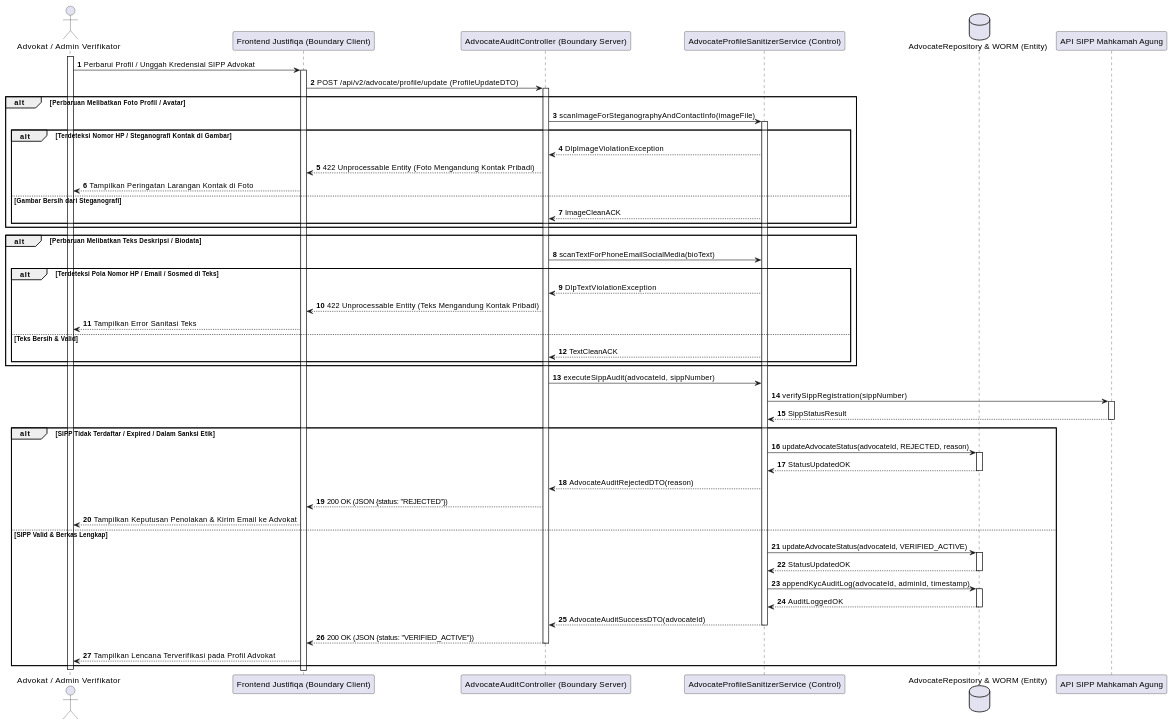
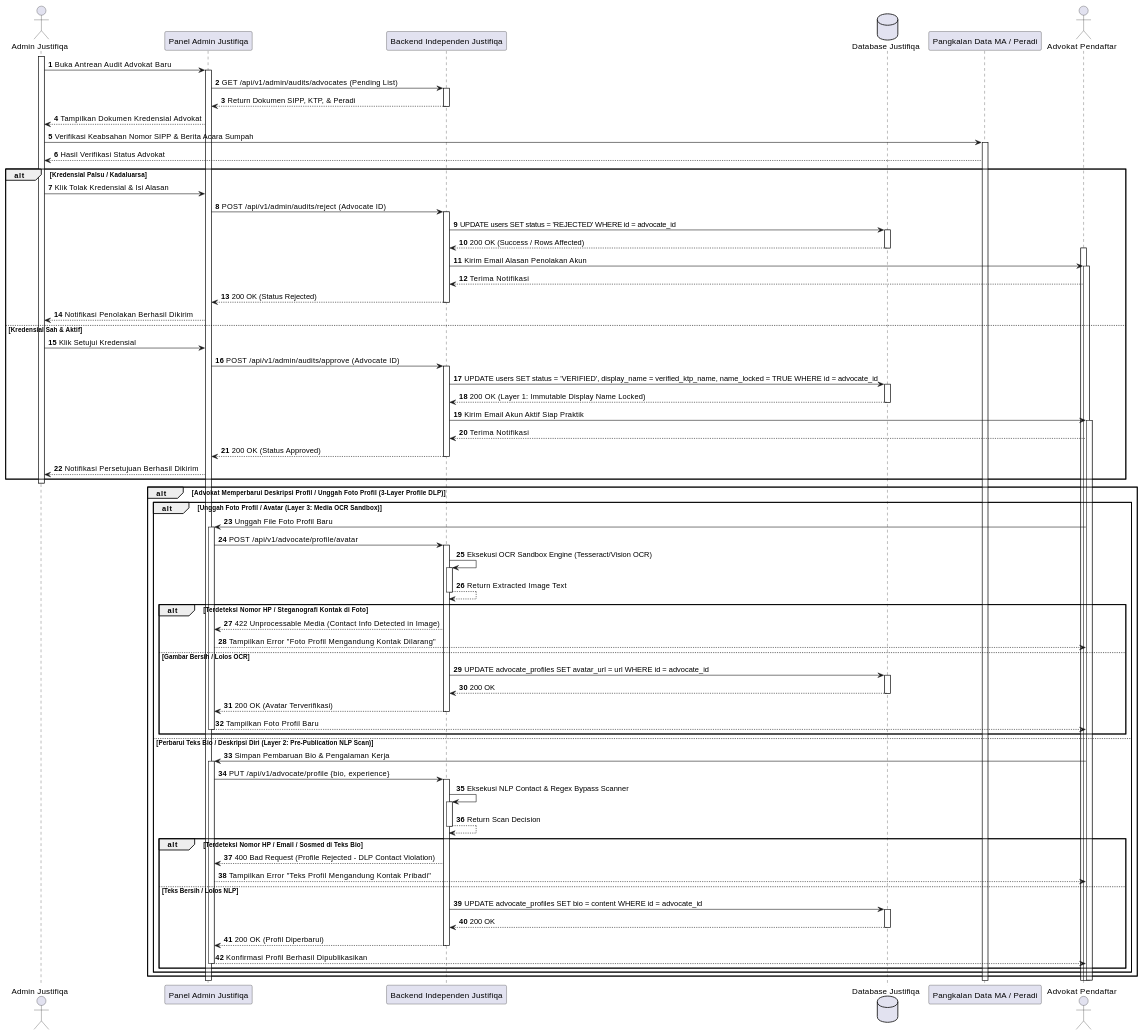
The ninth of 28 diagrams in MarkDown/plantuml_sequence_diagrams.md (tupperwureism/SuperApp-Gagal), drawn with PlantUML before and after one commit. The commit also changed other lines of this file and 3 other files, not shown here.

````diff
--- a/MarkDown/plantuml_sequence_diagrams.md
+++ b/MarkDown/plantuml_sequence_diagrams.md
@@ -583,58 +777,76 @@
 ```plantuml
 @startuml
 autonumber
-actor "Advokat / Admin Verifikator" as User
-participant "Frontend Justifiqa (Boundary Client)" as B_FE
-participant "AdvocateAuditController (Boundary Server)" as B_BE
-participant "AdvocateProfileSanitizerService (Control)" as C_Svc
-database "AdvocateRepository & WORM (Entity)" as E_DB
-participant "API SIPP Mahkamah Agung" as SIPP
+actor "Admin Justifiqa" as Admin
+participant "Panel Admin Justifiqa" as FE
+participant "Backend Independen Justifiqa" as BE
+database "Database Justifiqa" as DB
+participant "Pangkalan Data MA / Peradi" as Peradi
+actor "Advokat Pendaftar" as Mitra
 
-activate User
-User -> B_FE ++ : Perbarui Profil / Unggah Kredensial SIPP Advokat
-B_FE -> B_BE ++ : POST /api/v2/advocate/profile/update (ProfileUpdateDTO)
+activate Admin
+Admin -> FE ++ : Buka Antrean Audit Advokat Baru
+FE -> BE ++ : GET /api/v1/admin/audits/advocates (Pending List)
+BE --> FE -- : Return Dokumen SIPP, KTP, & Peradi
+FE --> Admin : Tampilkan Dokumen Kredensial Advokat
+Admin -> Peradi ++ : Verifikasi Keabsahan Nomor SIPP & Berita Acara Sumpah
+Peradi --> Admin : Hasil Verifikasi Status Advokat
 
-alt Perbaruan Melibatkan Foto Profil / Avatar
-    B_BE -> C_Svc ++ : scanImageForSteganographyAndContactInfo(imageFile)
-    alt Terdeteksi Nomor HP / Steganografi Kontak di Gambar
-        C_Svc --> B_BE : DlpImageViolationException
-        B_BE --> B_FE : 422 Unprocessable Entity (Foto Mengandung Kontak Pribadi)
-        B_FE --> User : Tampilkan Peringatan Larangan Kontak di Foto
-    else Gambar Bersih dari Steganografi
-        C_Svc --> B_BE : ImageCleanACK
+alt Kredensial Palsu / Kadaluarsa
+    Admin -> FE : Klik Tolak Kredensial & Isi Alasan
+    FE -> BE ++ : POST /api/v1/admin/audits/reject (Advocate ID)
+    BE -> DB ++ : UPDATE users SET status = 'REJECTED' WHERE id = advocate_id
+    DB --> BE -- : 200 OK (Success / Rows Affected)
+activate Mitra
+    BE -> Mitra ++ : Kirim Email Alasan Penolakan Akun
+    Mitra --> BE : Terima Notifikasi
+    BE --> FE -- : 200 OK (Status Rejected)
+    FE --> Admin : Notifikasi Penolakan Berhasil Dikirim
+else Kredensial Sah & Aktif
+    Admin -> FE : Klik Setujui Kredensial
+    FE -> BE ++ : POST /api/v1/admin/audits/approve (Advocate ID)
+    BE -> DB ++ : UPDATE users SET status = 'VERIFIED', display_name = verified_ktp_name, name_locked = TRUE WHERE id = advocate_id
+    DB --> BE -- : 200 OK (Layer 1: Immutable Display Name Locked)
+    BE -> Mitra ++ : Kirim Email Akun Aktif Siap Praktik
+    Mitra --> BE : Terima Notifikasi
+    BE --> FE -- : 200 OK (Status Approved)
+    FE --> Admin : Notifikasi Persetujuan Berhasil Dikirim
+end
+deactivate Admin
+
+alt Advokat Memperbarui Deskripsi Profil / Unggah Foto Profil (3-Layer Profile DLP)
+    alt Unggah Foto Profil / Avatar (Layer 3: Media OCR Sandbox)
+        Mitra -> FE ++ : Unggah File Foto Profil Baru
+        FE -> BE ++ : POST /api/v1/advocate/profile/avatar
+        BE -> BE ++ : Eksekusi OCR Sandbox Engine (Tesseract/Vision OCR)
+        BE --> BE -- : Return Extracted Image Text
+        alt Terdeteksi Nomor HP / Steganografi Kontak di Foto
+            BE --> FE : 422 Unprocessable Media (Contact Info Detected in Image)
+            FE --> Mitra : Tampilkan Error "Foto Profil Mengandung Kontak Dilarang"
+        else Gambar Bersih / Lolos OCR
+            BE -> DB ++ : UPDATE advocate_profiles SET avatar_url = url WHERE id = advocate_id
+            DB --> BE -- : 200 OK
+            BE --> FE -- : 200 OK (Avatar Terverifikasi)
+            FE --> Mitra : Tampilkan Foto Profil Baru
+            deactivate FE
+        end
+    else Perbarui Teks Bio / Deskripsi Diri (Layer 2: Pre-Publication NLP Scan)
+        Mitra -> FE ++ : Simpan Pembaruan Bio & Pengalaman Kerja
+        FE -> BE ++ : PUT /api/v1/advocate/profile {bio, experience}
+        BE -> BE ++ : Eksekusi NLP Contact & Regex Bypass Scanner
+        BE --> BE -- : Return Scan Decision
+        alt Terdeteksi Nomor HP / Email / Sosmed di Teks Bio
+            BE --> FE : 400 Bad Request (Profile Rejected - DLP Contact Violation)
+            FE --> Mitra : Tampilkan Error "Teks Profil Mengandung Kontak Pribadi"
+        else Teks Bersih / Lolos NLP
+            BE -> DB ++ : UPDATE advocate_profiles SET bio = content WHERE id = advocate_id
+            DB --> BE -- : 200 OK
+            BE --> FE -- : 200 OK (Profil Diperbarui)
+            FE --> Mitra : Konfirmasi Profil Berhasil Dipublikasikan
+            deactivate FE
+        end
     end
 end
-
-alt Perbaruan Melibatkan Teks Deskripsi / Biodata
-    B_BE -> C_Svc : scanTextForPhoneEmailSocialMedia(bioText)
-    alt Terdeteksi Pola Nomor HP / Email / Sosmed di Teks
-        C_Svc --> B_BE : DlpTextViolationException
-        B_BE --> B_FE : 422 Unprocessable Entity (Teks Mengandung Kontak Pribadi)
-        B_FE --> User : Tampilkan Error Sanitasi Teks
-    else Teks Bersih & Valid
-        C_Svc --> B_BE : TextCleanACK
-    end
-end
-
-B_BE -> C_Svc : executeSippAudit(advocateId, sippNumber)
-C_Svc -> SIPP ++ : verifySippRegistration(sippNumber)
-SIPP --> C_Svc -- : SippStatusResult
-
-alt SIPP Tidak Terdaftar / Expired / Dalam Sanksi Etik
-    C_Svc -> E_DB ++ : updateAdvocateStatus(advocateId, REJECTED, reason)
-    E_DB --> C_Svc -- : StatusUpdatedOK
-    C_Svc --> B_BE : AdvocateAuditRejectedDTO(reason)
-    B_BE --> B_FE : 200 OK (JSON {status: "REJECTED"})
-    B_FE --> User : Tampilkan Keputusan Penolakan & Kirim Email ke Advokat
-else SIPP Valid & Berkas Lengkap
-    C_Svc -> E_DB ++ : updateAdvocateStatus(advocateId, VERIFIED_ACTIVE)
-    E_DB --> C_Svc -- : StatusUpdatedOK
-    C_Svc -> E_DB ++ : appendKycAuditLog(advocateId, adminId, timestamp)
-    E_DB --> C_Svc -- : AuditLoggedOK
-    C_Svc --> B_BE -- : AdvocateAuditSuccessDTO(advocateId)
-    B_BE --> B_FE -- : 200 OK (JSON {status: "VERIFIED_ACTIVE"})
-    B_FE --> User : Tampilkan Lencana Terverifikasi pada Profil Advokat
-end
-deactivate User
+deactivate Mitra
 @enduml
 ```
````
